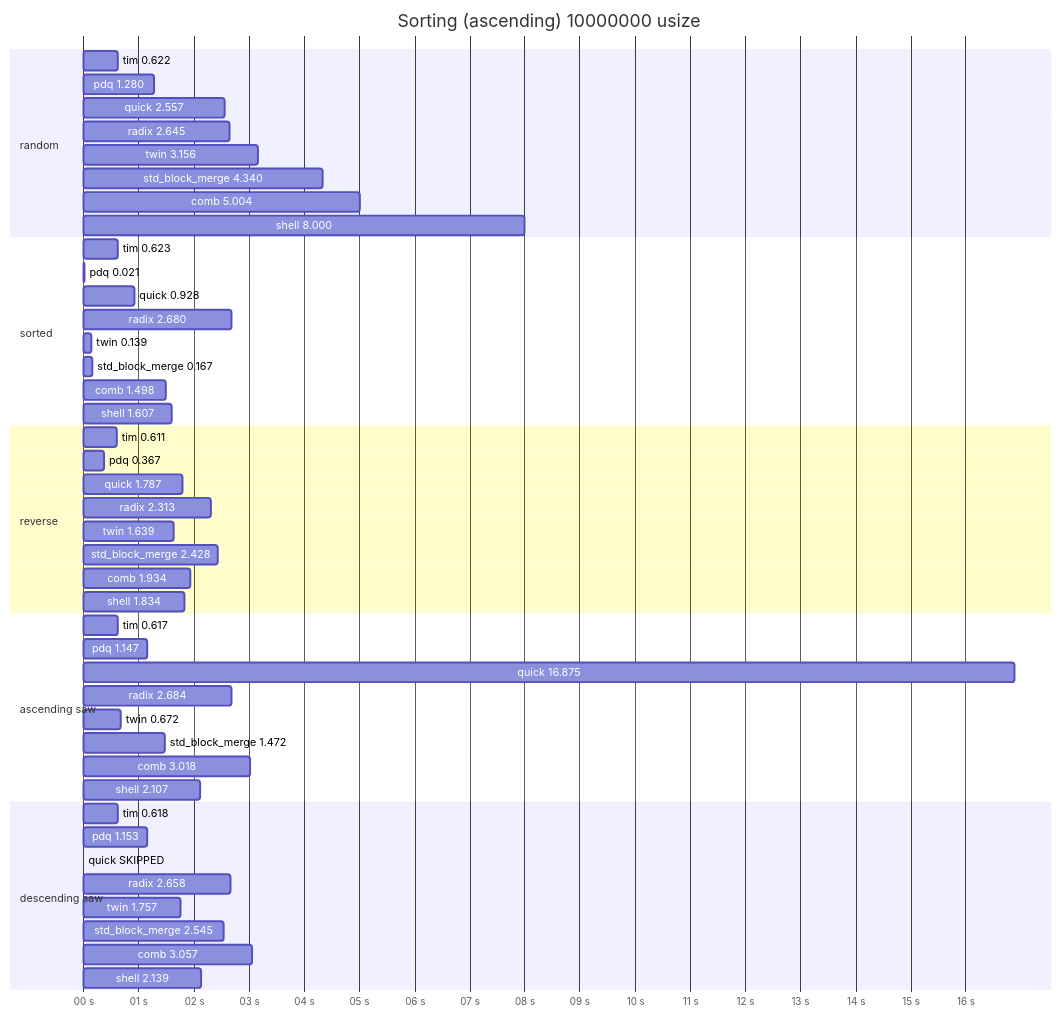
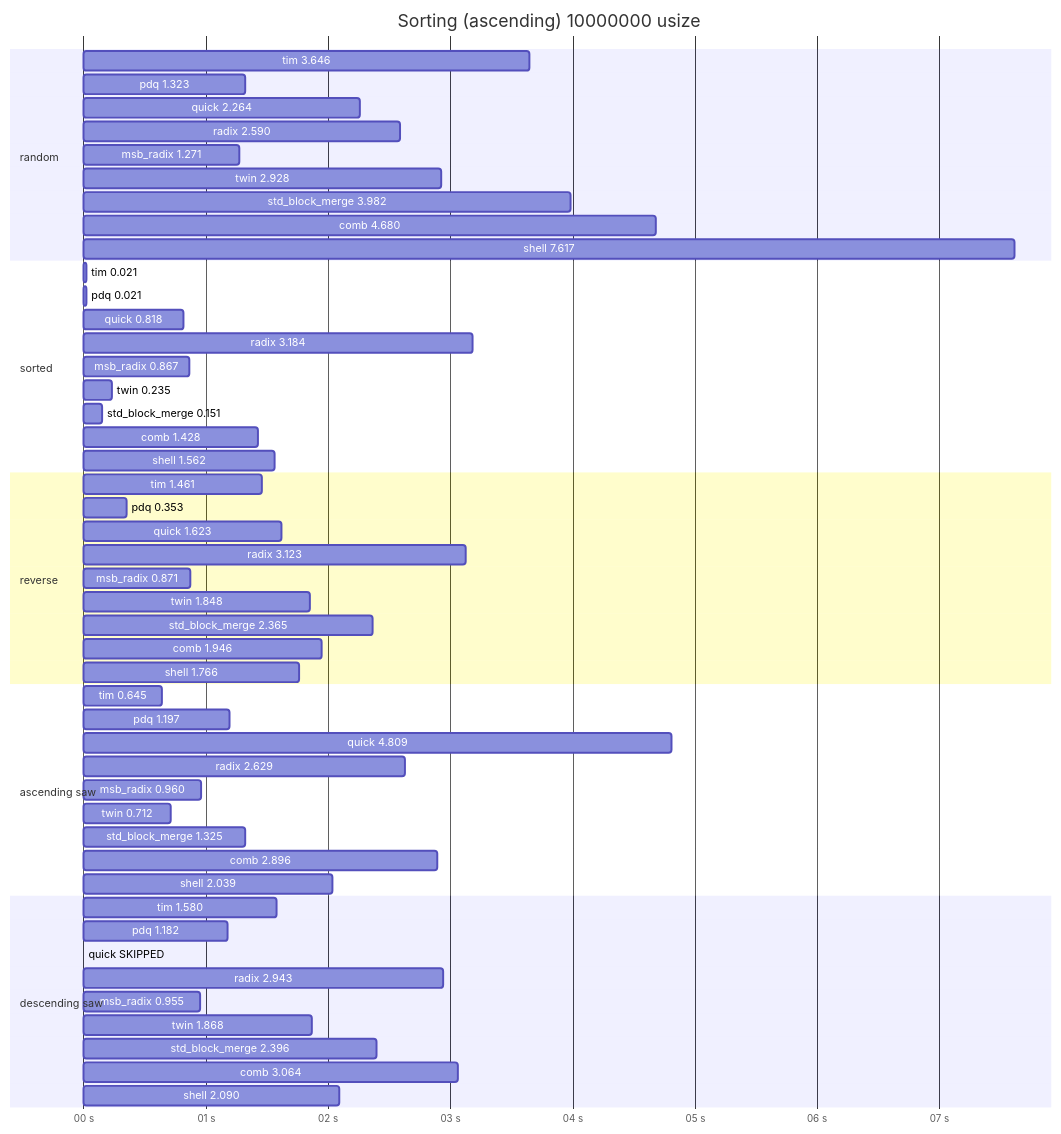
The first of 4 diagrams in README.md (alichraghi/zort), drawn with Mermaid before and after one commit. The commit also changed other lines of this file, not shown here.

````diff
--- a/README.md
+++ b/README.md
@@ -42,51 +42,56 @@
 ```mermaid
 gantt
     title Sorting (ascending) 10000000 usize
     dateFormat x
     axisFormat %S s
     section random
-    tim 0.622: 0,622
-    pdq 1.280: 0,1280
-    quick 2.557: 0,2555
-    radix 2.645: 0,2643
-    twin 3.156: 0,3156
-    std_block_merge 4.340: 0,4339
-    comb 5.004: 0,5004
-    shell 8.000: 0,8001
+    tim 3.646: 0,3646
+    pdq 1.323: 0,1323
+    quick 2.264: 0,2263
+    radix 2.590: 0,2590
+    msb_radix 1.271: 0,1271
+    twin 2.928: 0,2929
+    std_block_merge 3.982: 0,3982
+    comb 4.680: 0,4679
+    shell 7.617: 0,7616
     section sorted
-    tim 0.623: 0,623
+    tim 0.021: 0,21
     pdq 0.021: 0,21
-    quick 0.928: 0,928
-    radix 2.680: 0,2681
-    twin 0.139: 0,139
-    std_block_merge 0.167: 0,167
-    comb 1.498: 0,1498
-    shell 1.607: 0,1607
+    quick 0.818: 0,818
+    radix 3.184: 0,3184
+    msb_radix 0.867: 0,867
+    twin 0.235: 0,235
+    std_block_merge 0.151: 0,151
+    comb 1.428: 0,1428
+    shell 1.562: 0,1562
     section reverse
-    tim 0.611: 0,611
-    pdq 0.367: 0,367
-    quick 1.787: 0,1787
-    radix 2.313: 0,2311
-    twin 1.639: 0,1639
-    std_block_merge 2.428: 0,2429
-    comb 1.934: 0,1934
-    shell 1.834: 0,1834
+    tim 1.461: 0,1461
+    pdq 0.353: 0,353
+    quick 1.623: 0,1623
+    radix 3.123: 0,3125
+    msb_radix 0.871: 0,871
+    twin 1.848: 0,1848
+    std_block_merge 2.365: 0,2366
+    comb 1.946: 0,1946
+    shell 1.766: 0,1766
     section ascending saw
-    tim 0.617: 0,617
-    pdq 1.147: 0,1147
-    quick 16.875: 0,16887
-    radix 2.684: 0,2684
-    twin 0.672: 0,672
-    std_block_merge 1.472: 0,1472
-    comb 3.018: 0,3018
-    shell 2.107: 0,2107
+    tim 0.645: 0,645
+    pdq 1.197: 0,1197
+    quick 4.809: 0,4809
+    radix 2.629: 0,2629
+    msb_radix 0.960: 0,960
+    twin 0.712: 0,712
+    std_block_merge 1.325: 0,1325
+    comb 2.896: 0,2895
+    shell 2.039: 0,2039
     section descending saw
-    tim 0.618: 0,618
-    pdq 1.153: 0,1153
+    tim 1.580: 0,1580
+    pdq 1.182: 0,1182
     quick SKIPPED: 0
-    radix 2.658: 0,2658
-    twin 1.757: 0,1757
-    std_block_merge 2.545: 0,2543
-    comb 3.057: 0,3056
-    shell 2.139: 0,2138
+    radix 2.943: 0,2944
+    msb_radix 0.955: 0,955
+    twin 1.868: 0,1868
+    std_block_merge 2.396: 0,2395
+    comb 3.064: 0,3064
+    shell 2.090: 0,2090
 ```
````
